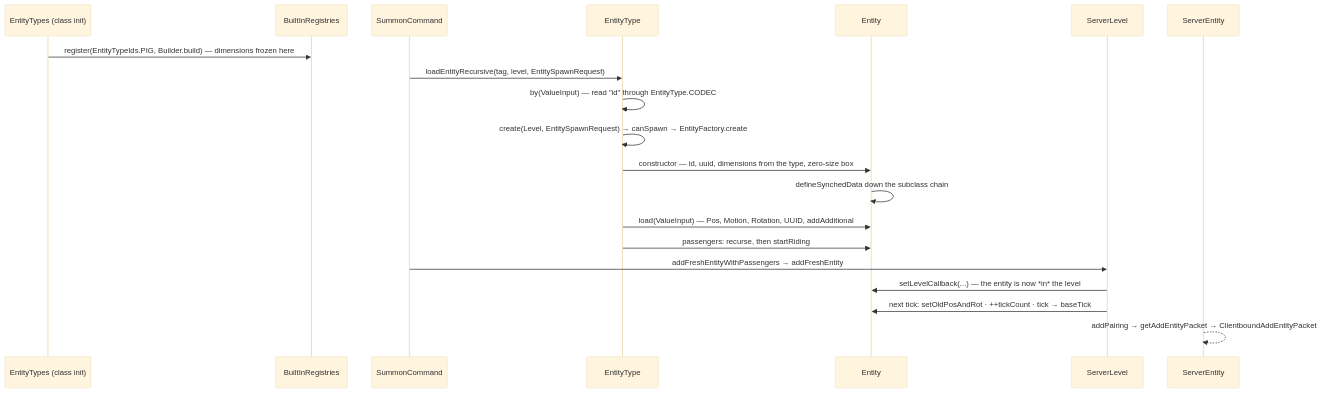
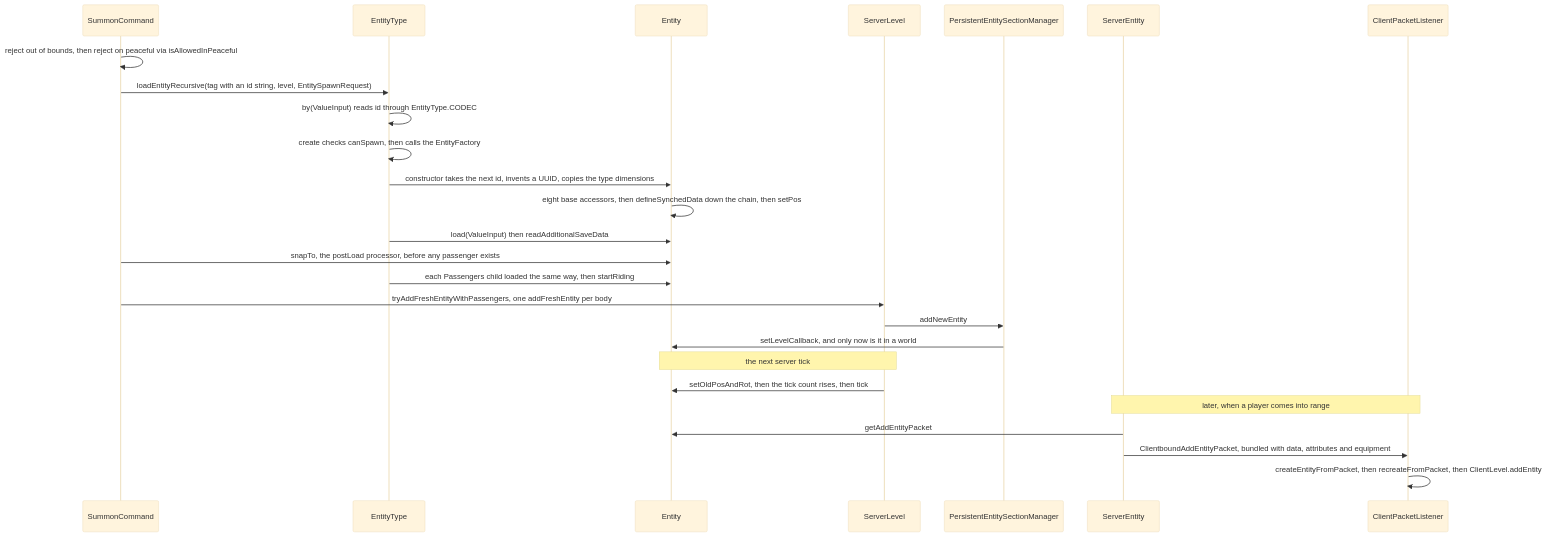
One commit to AlexanderjFraser/MinecraftDocs changed the second of 2 diagrams in src/systems/entities/entity-anatomy.md. Above: the diagram before and after it, drawn with Mermaid (base theme). The commit also changed other lines of this file and 22 other files, not shown here.

````diff
--- a/src/systems/entities/entity-anatomy.md
+++ b/src/systems/entities/entity-anatomy.md
@@ -262,23 +216,29 @@
 ```mermaid
 sequenceDiagram
-    participant B as EntityTypes (class init)
-    participant R as BuiltInRegistries
-    participant C as SummonCommand
-    participant T as EntityType
-    participant E as Entity
+    participant SumC as SummonCommand
+    participant ET as EntityType
+    participant Entity as Entity
     participant SL as ServerLevel
+    participant PESM as PersistentEntitySectionManager
     participant SE as ServerEntity
+    participant CPL as ClientPacketListener
 
-    B->>R: register(EntityTypeIds.PIG, Builder.build) — dimensions frozen here
-    C->>T: loadEntityRecursive(tag, level, EntitySpawnRequest)
-    T->>T: by(ValueInput) — read "id" through EntityType.CODEC
-    T->>T: create(Level, EntitySpawnRequest) → canSpawn → EntityFactory.create
-    T->>E: constructor — id, uuid, dimensions from the type, zero-size box
-    E->>E: defineSynchedData down the subclass chain
-    T->>E: load(ValueInput) — Pos, Motion, Rotation, UUID, addAdditional
-    T->>E: passengers: recurse, then startRiding
-    C->>SL: addFreshEntityWithPassengers → addFreshEntity
-    SL->>E: setLevelCallback(...) — the entity is now *in* the level
-    SL->>E: next tick: setOldPosAndRot · ++tickCount · tick → baseTick
-    SE-->>SE: addPairing → getAddEntityPacket → ClientboundAddEntityPacket
+    SumC->>SumC: reject out of bounds, then reject on peaceful via isAllowedInPeaceful
+    SumC->>ET: loadEntityRecursive(tag with an id string, level, EntitySpawnRequest)
+    ET->>ET: by(ValueInput) reads id through EntityType.CODEC
+    ET->>ET: create checks canSpawn, then calls the EntityFactory
+    ET->>Entity: constructor takes the next id, invents a UUID, copies the type dimensions
+    Entity->>Entity: eight base accessors, then defineSynchedData down the chain, then setPos
+    ET->>Entity: load(ValueInput) then readAdditionalSaveData
+    SumC->>Entity: snapTo, the postLoad processor, before any passenger exists
+    ET->>Entity: each Passengers child loaded the same way, then startRiding
+    SumC->>SL: tryAddFreshEntityWithPassengers, one addFreshEntity per body
+    SL->>PESM: addNewEntity
+    PESM->>Entity: setLevelCallback, and only now is it in a world
+    Note over SL,Entity: the next server tick
+    SL->>Entity: setOldPosAndRot, then the tick count rises, then tick
+    Note over SE,CPL: later, when a player comes into range
+    SE->>Entity: getAddEntityPacket
+    SE->>CPL: ClientboundAddEntityPacket, bundled with data, attributes and equipment
+    CPL->>CPL: createEntityFromPacket, then recreateFromPacket, then ClientLevel.addEntity
 ```
````
